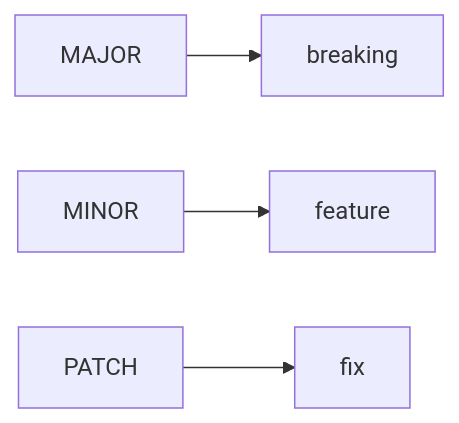
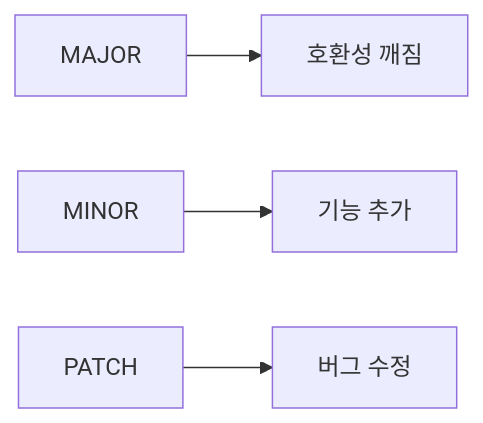
One commit to yeongseon-books/book-content changed the diagram in content/open-source-101/ko/06-release-and-versioning.md. Above: the diagram before and after it, drawn with Mermaid. The commit also changed other lines of this file and 9 other files, not shown here.

````diff
--- a/content/open-source-101/ko/06-release-and-versioning.md
+++ b/content/open-source-101/ko/06-release-and-versioning.md
@@ -33,6 +47,6 @@
 ```mermaid
 flowchart LR
-    M[MAJOR] --> A[breaking]
-    N[MINOR] --> B[feature]
-    P[PATCH] --> C[fix]
+    M[MAJOR] --> A[호환성 깨짐]
+    N[MINOR] --> B[기능 추가]
+    P[PATCH] --> C[버그 수정]
 ```
````
